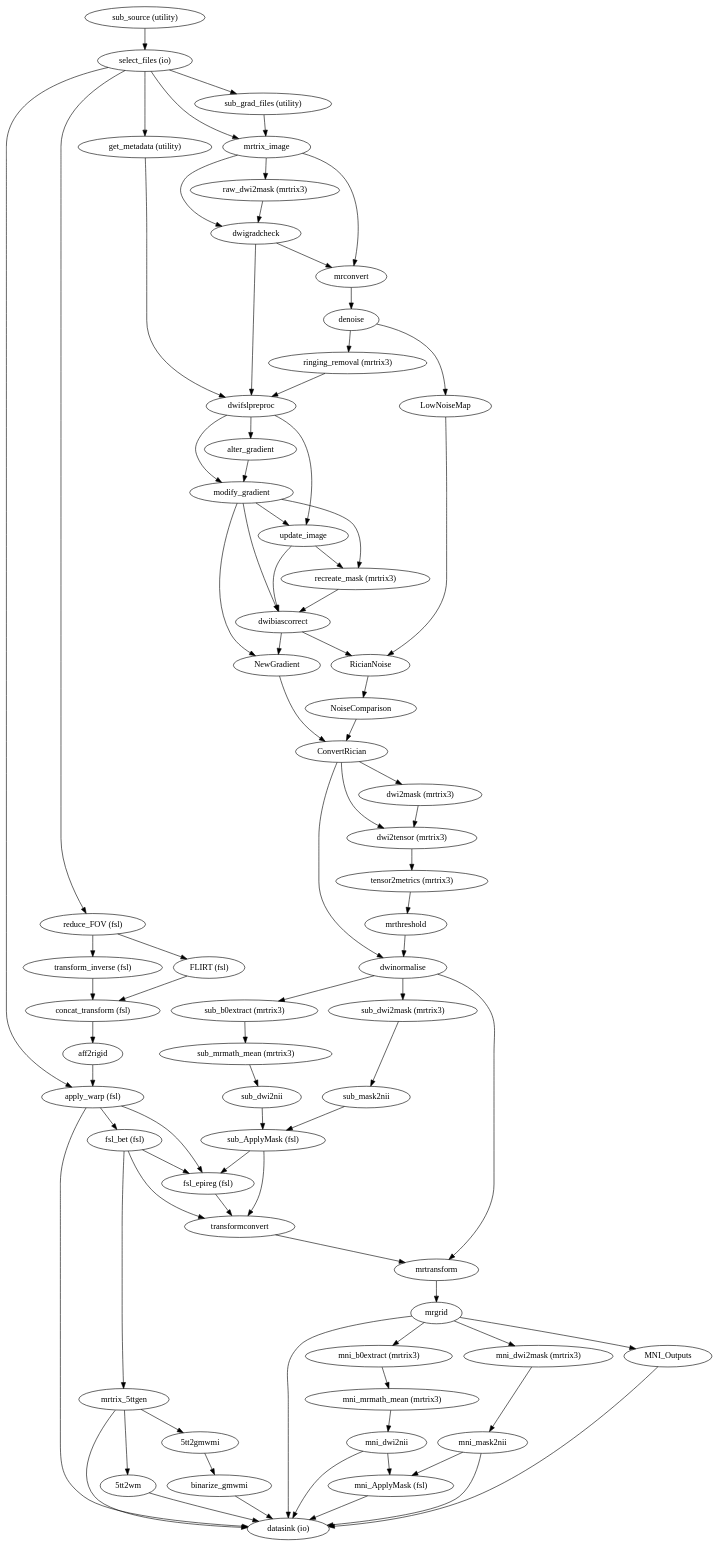
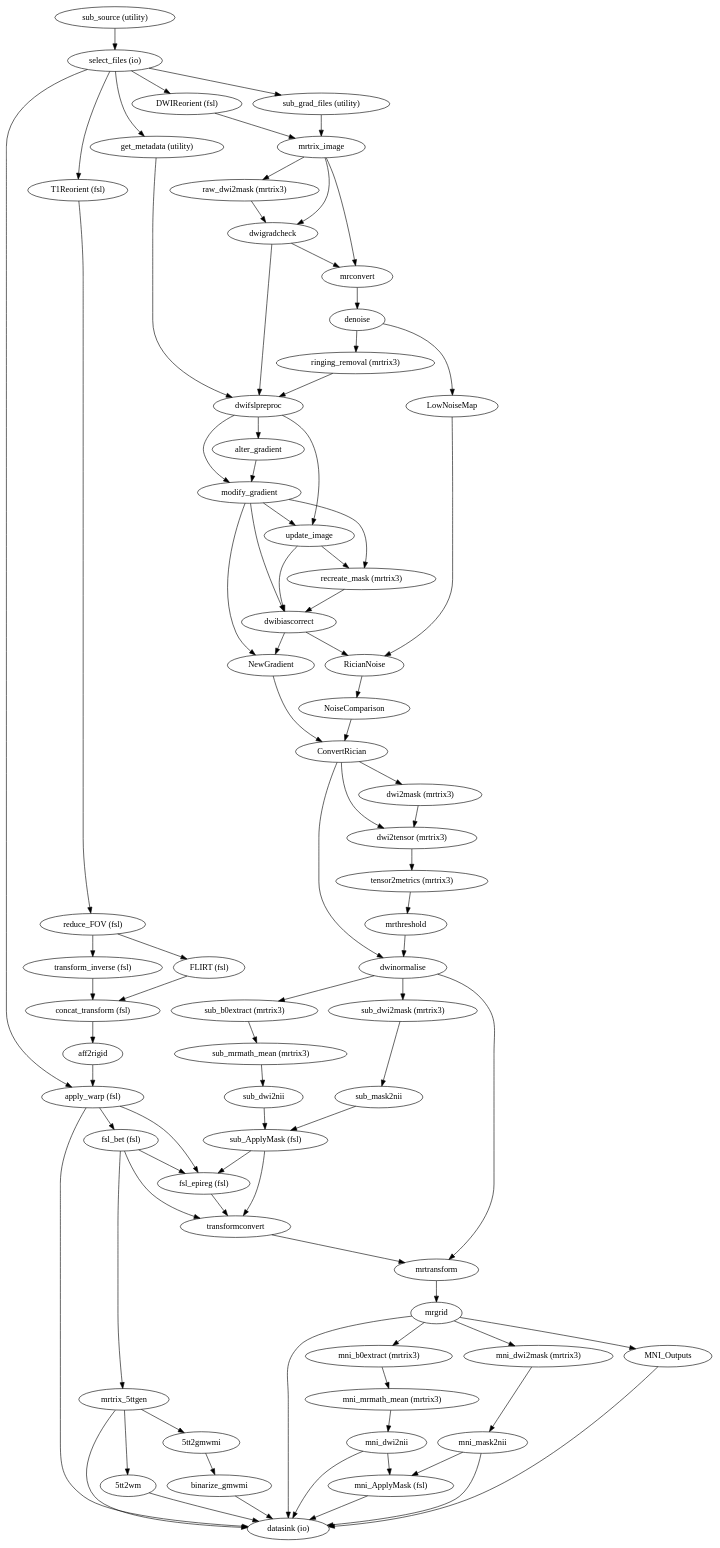
One commit to benjaminsipes/pipetography changed the diagram in testing/BIDS_dir/code/pipetography/graph/preprocessing.dot. Above: the diagram before and after it, drawn with Graphviz. The commit also changed 7 other files, not shown here.

```diff
--- a/testing/BIDS_dir/code/pipetography/graph/preprocessing.dot
+++ b/testing/BIDS_dir/code/pipetography/graph/preprocessing.dot
@@ -1,143 +1,147 @@
 strict digraph  {
 "sub_source (utility)";
 "select_files (io)";
-"reduce_FOV (fsl)";
+"T1Reorient (fsl)";
 "apply_warp (fsl)";
 "get_metadata (utility)";
-mrtrix_image;
+"DWIReorient (fsl)";
 "sub_grad_files (utility)";
+"reduce_FOV (fsl)";
 "transform_inverse (fsl)";
 "FLIRT (fsl)";
 "datasink (io)";
 "fsl_bet (fsl)";
 "fsl_epireg (fsl)";
 "concat_transform (fsl)";
 aff2rigid;
 mrtrix_5ttgen;
 transformconvert;
 "5tt2wm";
 "5tt2gmwmi";
 binarize_gmwmi;
 "sub_ApplyMask (fsl)";
 mrtransform;
 mrgrid;
 dwinormalise;
 "sub_b0extract (mrtrix3)";
 "sub_dwi2mask (mrtrix3)";
 dwifslpreproc;
 alter_gradient;
 modify_gradient;
 update_image;
 "raw_dwi2mask (mrtrix3)";
 dwigradcheck;
 mrconvert;
 denoise;
 "ringing_removal (mrtrix3)";
 LowNoiseMap;
 "recreate_mask (mrtrix3)";
 dwibiascorrect;
 NewGradient;
 RicianNoise;
 ConvertRician;
 NoiseComparison;
 "dwi2mask (mrtrix3)";
 "dwi2tensor (mrtrix3)";
 "tensor2metrics (mrtrix3)";
 mrthreshold;
 "sub_mrmath_mean (mrtrix3)";
 sub_dwi2nii;
 sub_mask2nii;
 "mni_b0extract (mrtrix3)";
 "mni_mrmath_mean (mrtrix3)";
 mni_dwi2nii;
 "mni_dwi2mask (mrtrix3)";
 mni_mask2nii;
 "mni_ApplyMask (fsl)";
 MNI_Outputs;
+mrtrix_image;
 "sub_source (utility)" -> "select_files (io)";
-"select_files (io)" -> "reduce_FOV (fsl)";
+"select_files (io)" -> "T1Reorient (fsl)";
 "select_files (io)" -> "apply_warp (fsl)";
 "select_files (io)" -> "get_metadata (utility)";
-"select_files (io)" -> mrtrix_image;
+"select_files (io)" -> "DWIReorient (fsl)";
 "select_files (io)" -> "sub_grad_files (utility)";
-"reduce_FOV (fsl)" -> "transform_inverse (fsl)";
-"reduce_FOV (fsl)" -> "FLIRT (fsl)";
+"T1Reorient (fsl)" -> "reduce_FOV (fsl)";
 "apply_warp (fsl)" -> "datasink (io)";
 "apply_warp (fsl)" -> "fsl_bet (fsl)";
 "apply_warp (fsl)" -> "fsl_epireg (fsl)";
 "get_metadata (utility)" -> dwifslpreproc;
-mrtrix_image -> "raw_dwi2mask (mrtrix3)";
-mrtrix_image -> dwigradcheck;
-mrtrix_image -> mrconvert;
+"DWIReorient (fsl)" -> mrtrix_image;
 "sub_grad_files (utility)" -> mrtrix_image;
+"reduce_FOV (fsl)" -> "transform_inverse (fsl)";
+"reduce_FOV (fsl)" -> "FLIRT (fsl)";
 "transform_inverse (fsl)" -> "concat_transform (fsl)";
 "FLIRT (fsl)" -> "concat_transform (fsl)";
 "fsl_bet (fsl)" -> mrtrix_5ttgen;
 "fsl_bet (fsl)" -> "fsl_epireg (fsl)";
 "fsl_bet (fsl)" -> transformconvert;
 "fsl_epireg (fsl)" -> transformconvert;
 "concat_transform (fsl)" -> aff2rigid;
 aff2rigid -> "apply_warp (fsl)";
 mrtrix_5ttgen -> "5tt2wm";
 mrtrix_5ttgen -> "5tt2gmwmi";
 mrtrix_5ttgen -> "datasink (io)";
 transformconvert -> mrtransform;
 "5tt2wm" -> "datasink (io)";
 "5tt2gmwmi" -> binarize_gmwmi;
 binarize_gmwmi -> "datasink (io)";
 "sub_ApplyMask (fsl)" -> "fsl_epireg (fsl)";
 "sub_ApplyMask (fsl)" -> transformconvert;
 mrtransform -> mrgrid;
 mrgrid -> "datasink (io)";
 mrgrid -> "mni_b0extract (mrtrix3)";
 mrgrid -> "mni_dwi2mask (mrtrix3)";
 mrgrid -> MNI_Outputs;
 dwinormalise -> mrtransform;
 dwinormalise -> "sub_b0extract (mrtrix3)";
 dwinormalise -> "sub_dwi2mask (mrtrix3)";
 "sub_b0extract (mrtrix3)" -> "sub_mrmath_mean (mrtrix3)";
 "sub_dwi2mask (mrtrix3)" -> sub_mask2nii;
 dwifslpreproc -> alter_gradient;
 dwifslpreproc -> modify_gradient;
 dwifslpreproc -> update_image;
 alter_gradient -> modify_gradient;
 modify_gradient -> update_image;
 modify_gradient -> "recreate_mask (mrtrix3)";
 modify_gradient -> dwibiascorrect;
 modify_gradient -> NewGradient;
 update_image -> "recreate_mask (mrtrix3)";
 update_image -> dwibiascorrect;
 "raw_dwi2mask (mrtrix3)" -> dwigradcheck;
 dwigradcheck -> mrconvert;
 dwigradcheck -> dwifslpreproc;
 mrconvert -> denoise;
 denoise -> "ringing_removal (mrtrix3)";
 denoise -> LowNoiseMap;
 "ringing_removal (mrtrix3)" -> dwifslpreproc;
 LowNoiseMap -> RicianNoise;
 "recreate_mask (mrtrix3)" -> dwibiascorrect;
 dwibiascorrect -> NewGradient;
 dwibiascorrect -> RicianNoise;
 NewGradient -> ConvertRician;
 RicianNoise -> NoiseComparison;
 ConvertRician -> "dwi2mask (mrtrix3)";
 ConvertRician -> "dwi2tensor (mrtrix3)";
 ConvertRician -> dwinormalise;
 NoiseComparison -> ConvertRician;
 "dwi2mask (mrtrix3)" -> "dwi2tensor (mrtrix3)";
 "dwi2tensor (mrtrix3)" -> "tensor2metrics (mrtrix3)";
 "tensor2metrics (mrtrix3)" -> mrthreshold;
 mrthreshold -> dwinormalise;
 "sub_mrmath_mean (mrtrix3)" -> sub_dwi2nii;
 sub_dwi2nii -> "sub_ApplyMask (fsl)";
 sub_mask2nii -> "sub_ApplyMask (fsl)";
 "mni_b0extract (mrtrix3)" -> "mni_mrmath_mean (mrtrix3)";
 "mni_mrmath_mean (mrtrix3)" -> mni_dwi2nii;
 mni_dwi2nii -> "mni_ApplyMask (fsl)";
 mni_dwi2nii -> "datasink (io)";
 "mni_dwi2mask (mrtrix3)" -> mni_mask2nii;
 mni_mask2nii -> "mni_ApplyMask (fsl)";
 mni_mask2nii -> "datasink (io)";
 "mni_ApplyMask (fsl)" -> "datasink (io)";
 MNI_Outputs -> "datasink (io)";
+mrtrix_image -> "raw_dwi2mask (mrtrix3)";
+mrtrix_image -> dwigradcheck;
+mrtrix_image -> mrconvert;
 }
```
